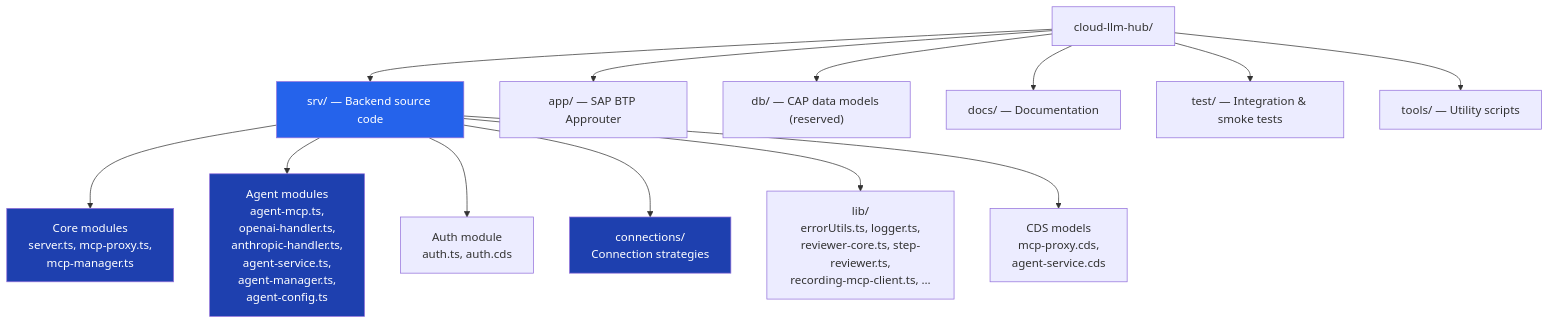
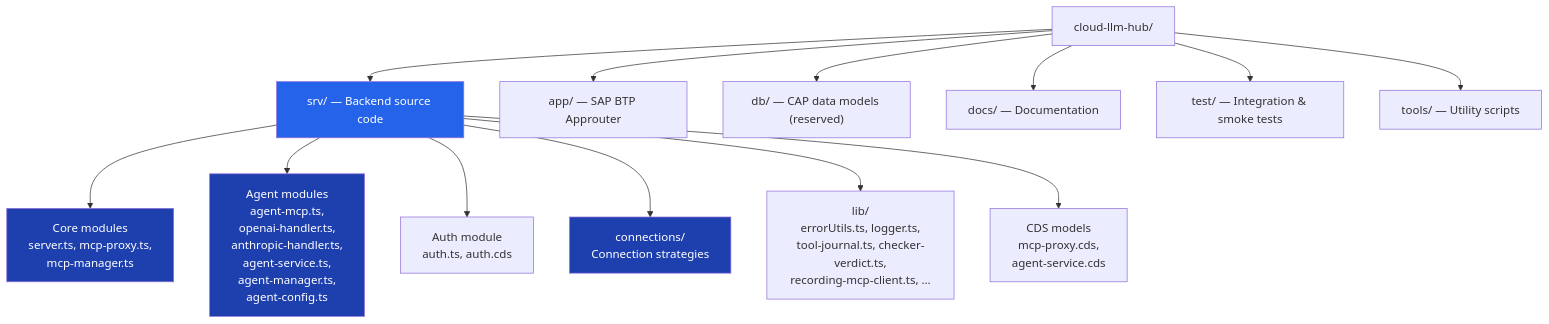
Before and after one commit to fr0ster/cloud-llm-hub: the third of 23 diagrams in docs/architecture/ARCHITECTURE.md, drawn with Mermaid. The commit also changed other lines of this file and 82 other files, not shown here.

````diff
--- a/docs/architecture/ARCHITECTURE.md
+++ b/docs/architecture/ARCHITECTURE.md
@@ -144,23 +144,23 @@
 ```mermaid
 graph TD
     ROOT["cloud-llm-hub/"]
 
     ROOT --> SRV_DIR["srv/ — Backend source code"]
     ROOT --> APP_DIR["app/ — SAP BTP Approuter"]
     ROOT --> DB_DIR["db/ — CAP data models (reserved)"]
     ROOT --> DOCS_DIR["docs/ — Documentation"]
     ROOT --> TEST_DIR["test/ — Integration & smoke tests"]
     ROOT --> TOOLS_DIR["tools/ — Utility scripts"]
 
     SRV_DIR --> SRV_CORE["Core modules<br/>server.ts, mcp-proxy.ts,<br/>mcp-manager.ts"]
     SRV_DIR --> SRV_AGENT["Agent modules<br/>agent-mcp.ts,<br/>openai-handler.ts,<br/>anthropic-handler.ts,<br/>agent-service.ts,<br/>agent-manager.ts,<br/>agent-config.ts"]
     SRV_DIR --> SRV_AUTH["Auth module<br/>auth.ts, auth.cds"]
     SRV_DIR --> SRV_CONN["connections/<br/>Connection strategies"]
-    SRV_DIR --> SRV_LIB["lib/<br/>errorUtils.ts, logger.ts,<br/>reviewer-core.ts, step-reviewer.ts,<br/>recording-mcp-client.ts, …"]
+    SRV_DIR --> SRV_LIB["lib/<br/>errorUtils.ts, logger.ts,<br/>tool-journal.ts, checker-verdict.ts,<br/>recording-mcp-client.ts, …"]
     SRV_DIR --> SRV_CDS["CDS models<br/>mcp-proxy.cds,<br/>agent-service.cds"]
 
     style SRV_DIR fill:#2563eb,color:#fff
     style SRV_CORE fill:#1e40af,color:#fff
     style SRV_AGENT fill:#1e40af,color:#fff
     style SRV_CONN fill:#1e40af,color:#fff
 ```
````
